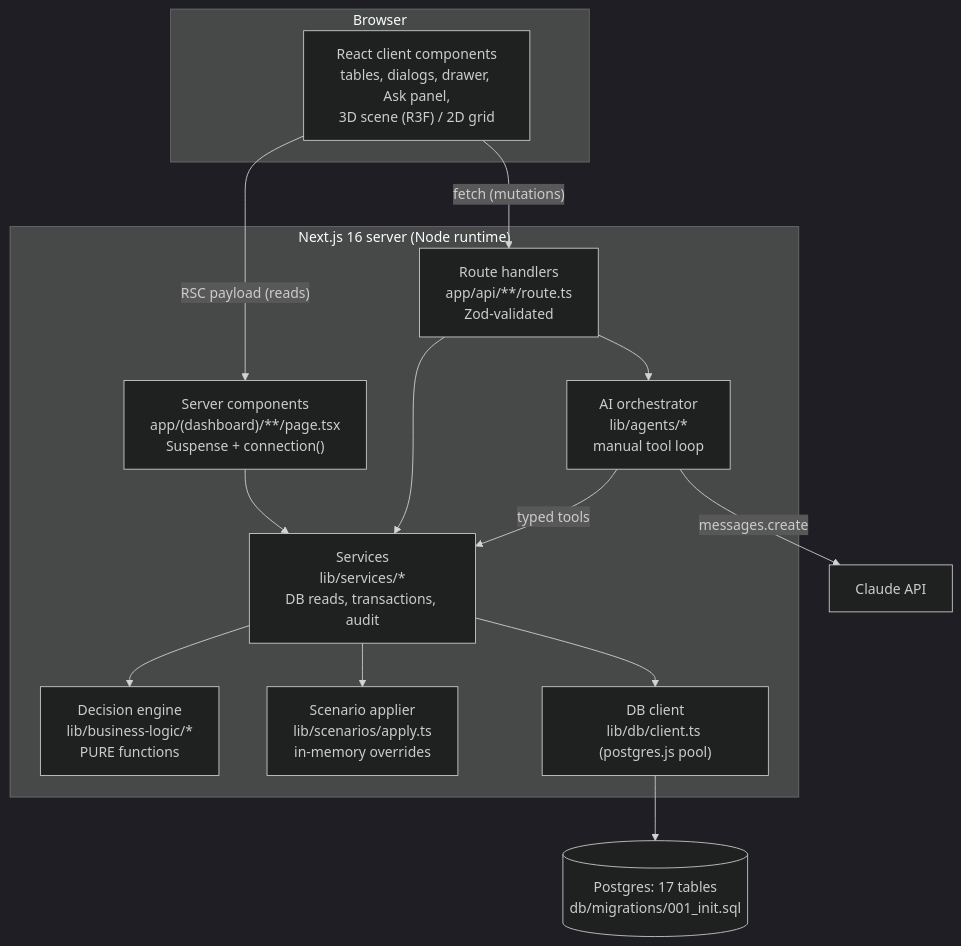
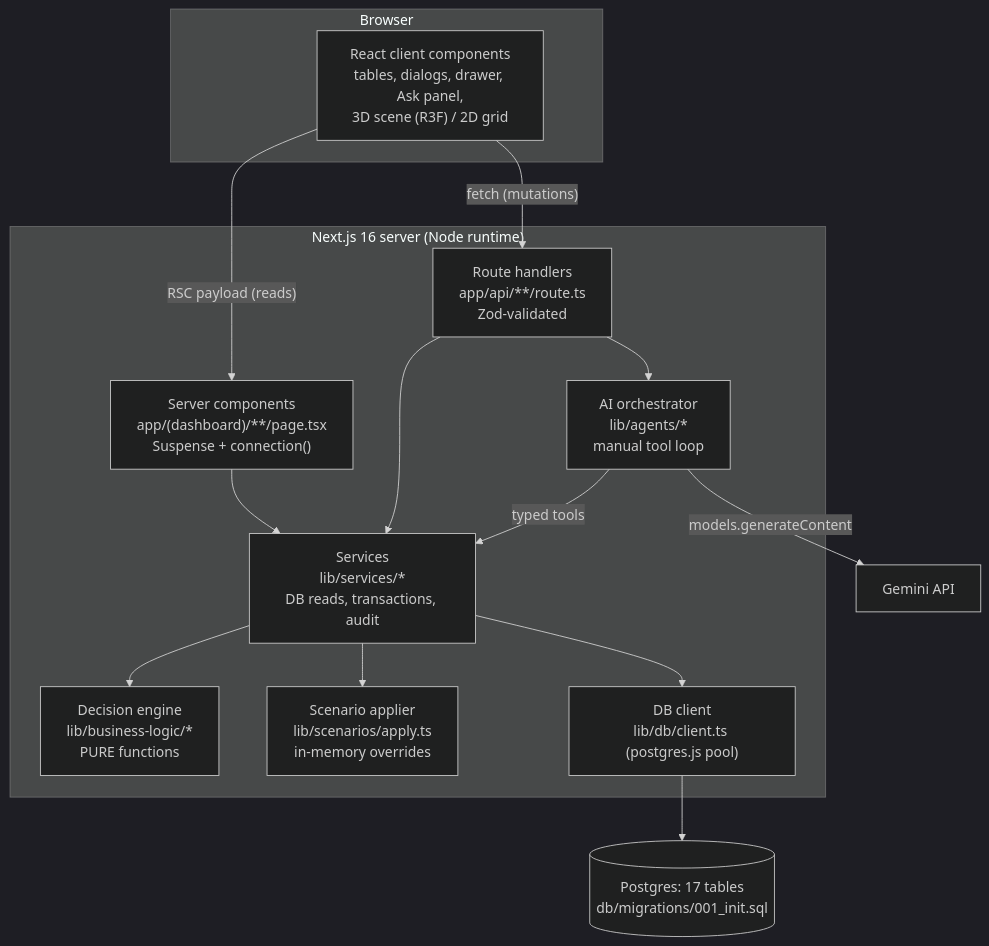
Before and after one commit to rushshah973/pharmaos: the second of 21 diagrams in architecture.md, drawn with Mermaid (dark theme). The commit also changed other lines of this file and 6 other files, not shown here.

First line of the commit message:
switch LLM from Claude to Gemini (@google/genai)

````diff
--- a/architecture.md
+++ b/architecture.md
@@ -65,31 +65,31 @@
 ```mermaid
 flowchart TB
     subgraph browser["Browser"]
         ui["React client components<br/>tables, dialogs, drawer, Ask panel,<br/>3D scene (R3F) / 2D grid"]
     end
 
     subgraph next["Next.js 16 server (Node runtime)"]
         rsc["Server components<br/>app/(dashboard)/**/page.tsx<br/>Suspense + connection()"]
         api["Route handlers<br/>app/api/**/route.ts<br/>Zod-validated"]
         agent["AI orchestrator<br/>lib/agents/*<br/>manual tool loop"]
         svc["Services<br/>lib/services/*<br/>DB reads, transactions, audit"]
         engine["Decision engine<br/>lib/business-logic/*<br/>PURE functions"]
         scen["Scenario applier<br/>lib/scenarios/apply.ts<br/>in-memory overrides"]
         dbc["DB client<br/>lib/db/client.ts (postgres.js pool)"]
     end
 
     pg[("Postgres: 17 tables<br/>db/migrations/001_init.sql")]
-    cl["Claude API"]
+    cl["Gemini API"]
 
     ui -- "fetch (mutations)" --> api
     ui -- "RSC payload (reads)" --> rsc
     rsc --> svc
     api --> svc
     api --> agent
     agent -- "typed tools" --> svc
-    agent -- "messages.create" --> cl
+    agent -- "models.generateContent" --> cl
     svc --> scen
     svc --> engine
     svc --> dbc
     dbc --> pg
 ```
````
